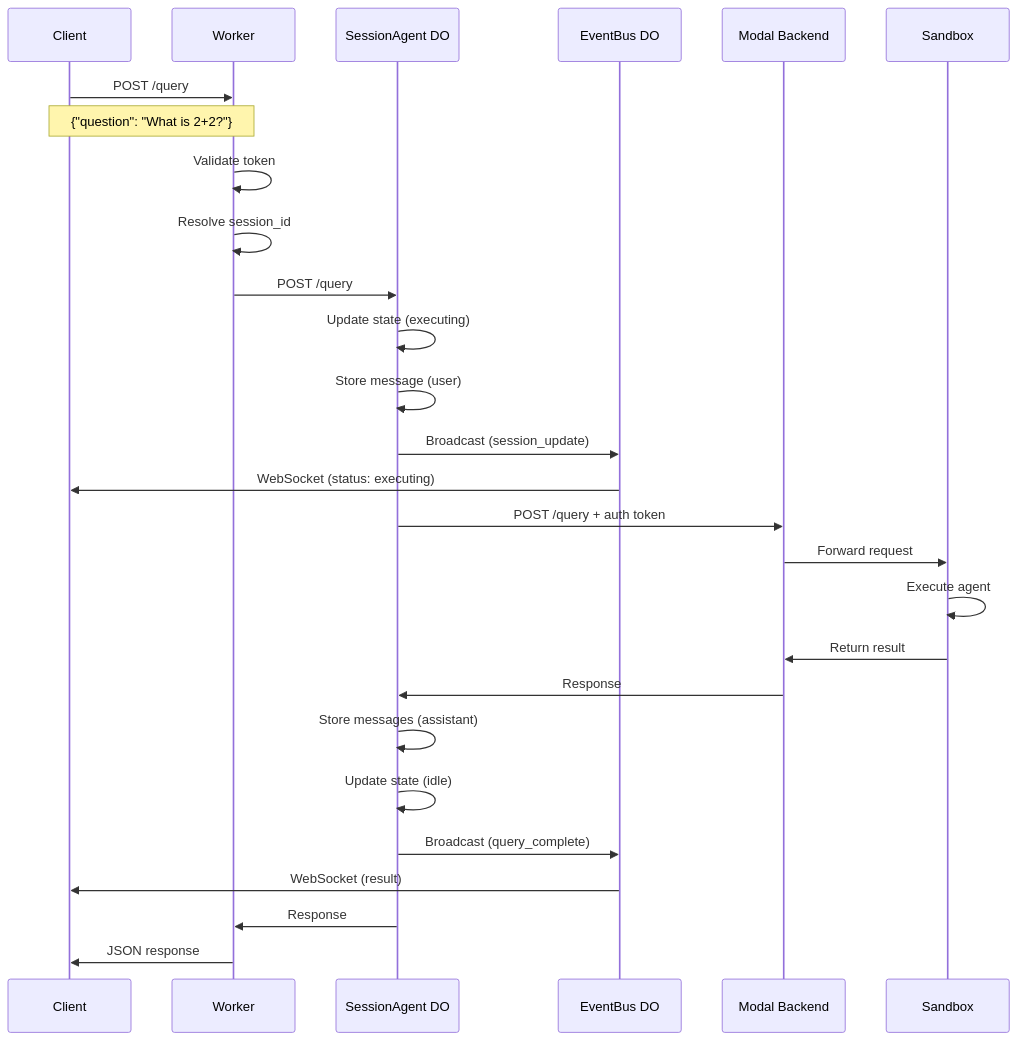
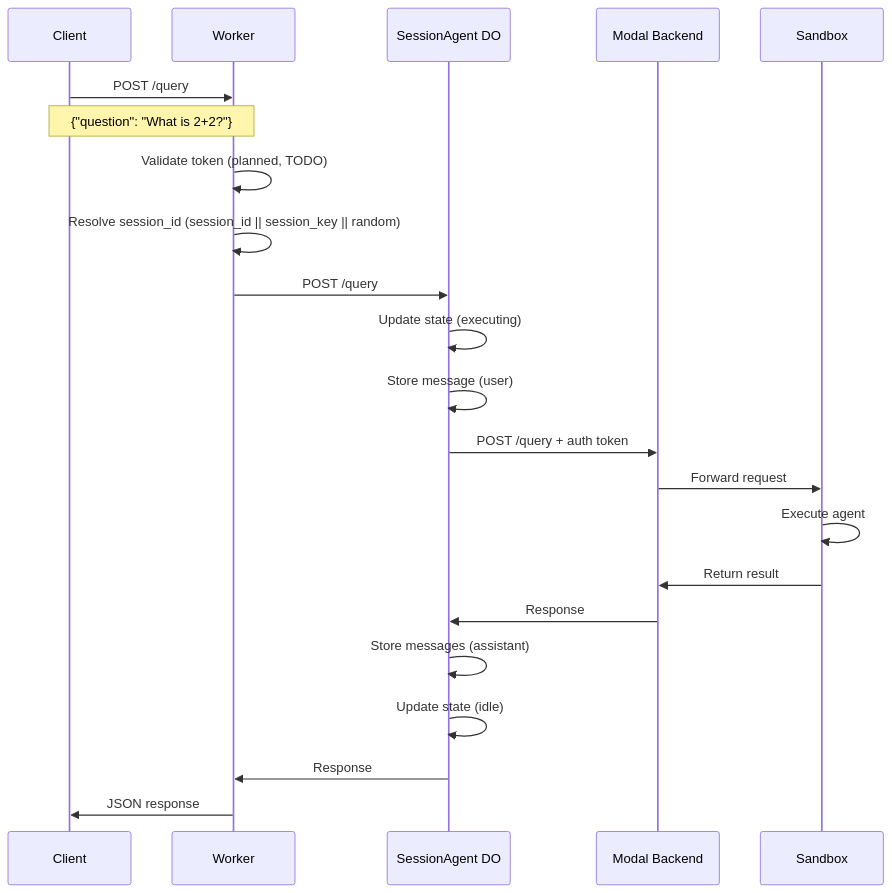
One commit to ibby-ai/rafiki changed the second of 5 diagrams in docs/cloudflare-architecture.md. Above: the diagram before and after it, drawn with Mermaid. The commit also changed other lines of this file and 4 other files, not shown here.

````diff
--- a/docs/cloudflare-architecture.md
+++ b/docs/cloudflare-architecture.md
@@ -329,39 +335,32 @@
 ```mermaid
 sequenceDiagram
     participant Client
     participant Worker
     participant SessionDO as SessionAgent DO
-    participant EventBus as EventBus DO
     participant Modal as Modal Backend
     participant Sandbox
 
     Client->>Worker: POST /query
     Note over Client,Worker: {"question": "What is 2+2?"}
 
-    Worker->>Worker: Validate token
-    Worker->>Worker: Resolve session_id
+    Worker->>Worker: Validate token (planned, TODO)
+    Worker->>Worker: Resolve session_id (session_id || session_key || random)
 
     Worker->>SessionDO: POST /query
 
     SessionDO->>SessionDO: Update state (executing)
     SessionDO->>SessionDO: Store message (user)
-
-    SessionDO->>EventBus: Broadcast (session_update)
-    EventBus->>Client: WebSocket (status: executing)
 
     SessionDO->>Modal: POST /query + auth token
     Modal->>Sandbox: Forward request
 
     Sandbox->>Sandbox: Execute agent
     Sandbox->>Modal: Return result
 
     Modal->>SessionDO: Response
     SessionDO->>SessionDO: Store messages (assistant)
     SessionDO->>SessionDO: Update state (idle)
 
-    SessionDO->>EventBus: Broadcast (query_complete)
-    EventBus->>Client: WebSocket (result)
-
     SessionDO->>Worker: Response
     Worker->>Client: JSON response
 ```
````
